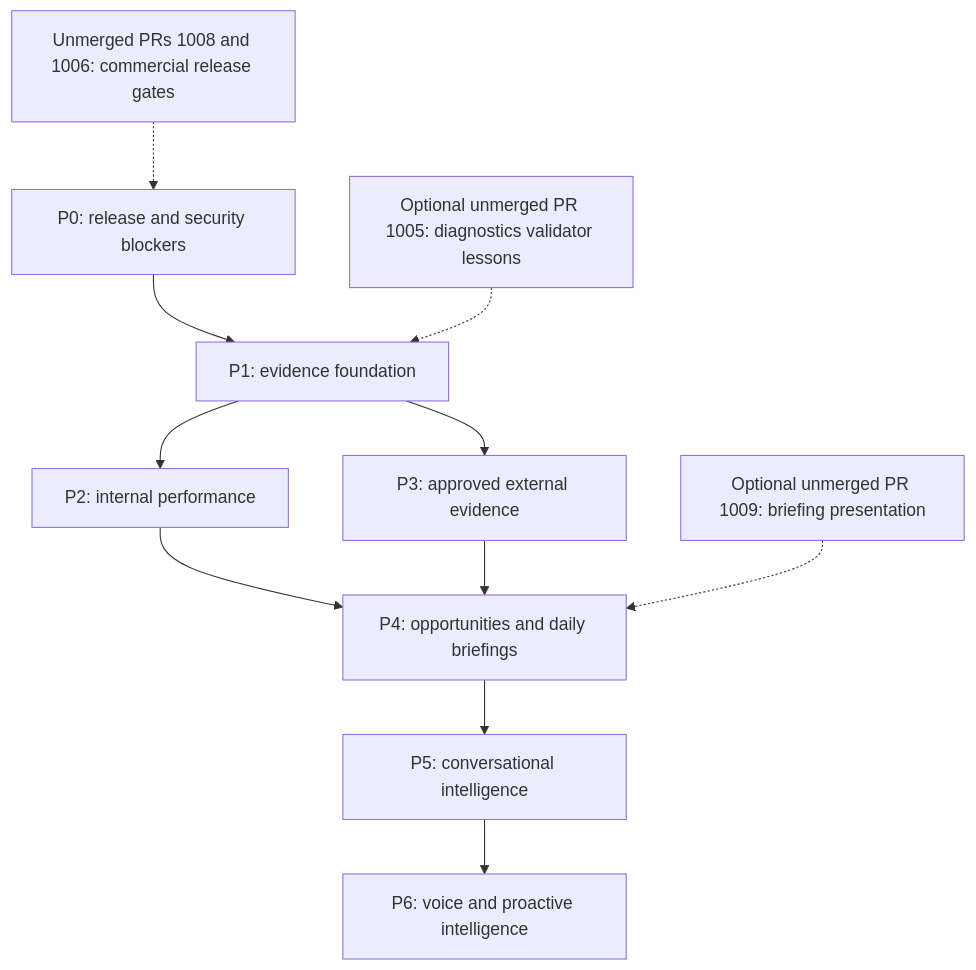
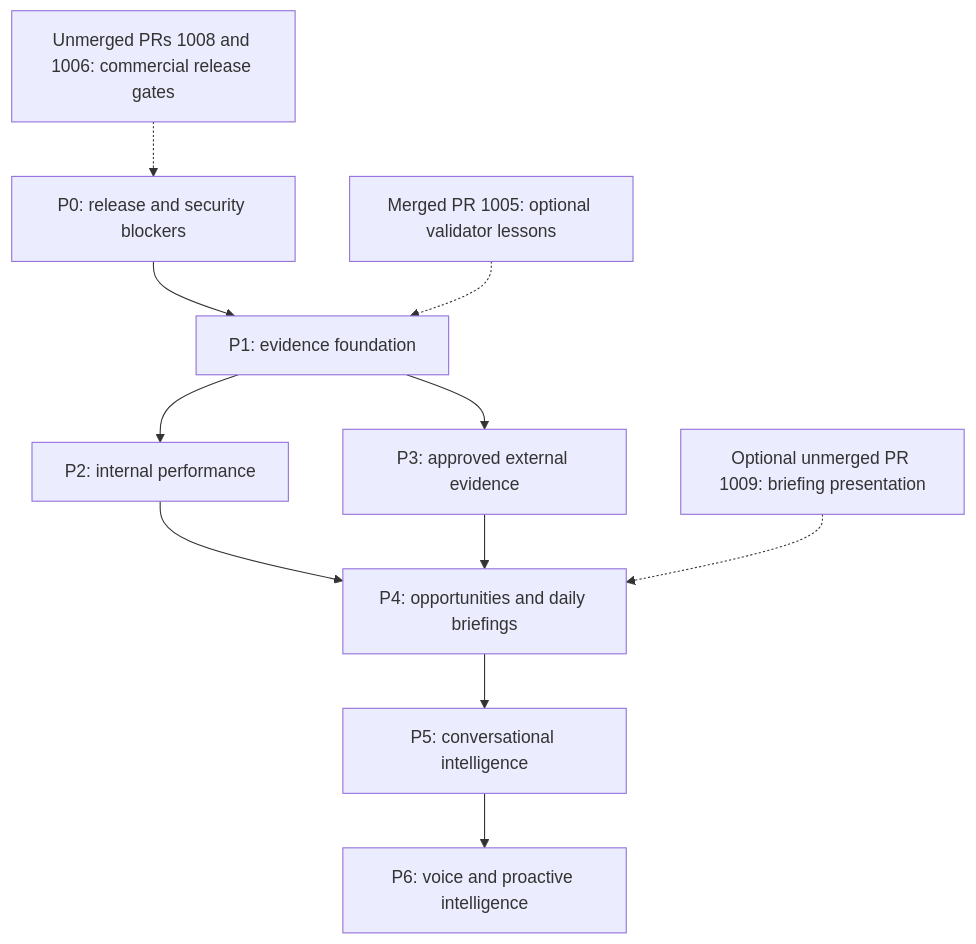
The diagram in docs/ai/AIDA-INTELLIGENCE-IMPLEMENTATION-ROADMAP.md (w7tcv2m7tk-netizen/dg-platform-web), drawn with Mermaid before and after one commit. The commit also changed other lines of this file and 2 other files, not shown here.

Commit message:
docs(ai): reconcile Aida design with approved gateway roadmap

````diff
--- a/docs/ai/AIDA-INTELLIGENCE-IMPLEMENTATION-ROADMAP.md
+++ b/docs/ai/AIDA-INTELLIGENCE-IMPLEMENTATION-ROADMAP.md
@@ -7,13 +9,13 @@
 ```mermaid
 flowchart TD
     P0[P0: release and security blockers] --> P1[P1: evidence foundation]
     P1 --> P2[P2: internal performance]
     P1 --> P3[P3: approved external evidence]
     P2 --> P4[P4: opportunities and daily briefings]
     P3 --> P4
     P4 --> P5[P5: conversational intelligence]
     P5 --> P6[P6: voice and proactive intelligence]
     U[Optional unmerged PR 1009: briefing presentation] -.-> P4
-    D[Optional unmerged PR 1005: diagnostics validator lessons] -.-> P1
+    D[Merged PR 1005: optional validator lessons] -.-> P1
     C[Unmerged PRs 1008 and 1006: commercial release gates] -.-> P0
 ```
````
